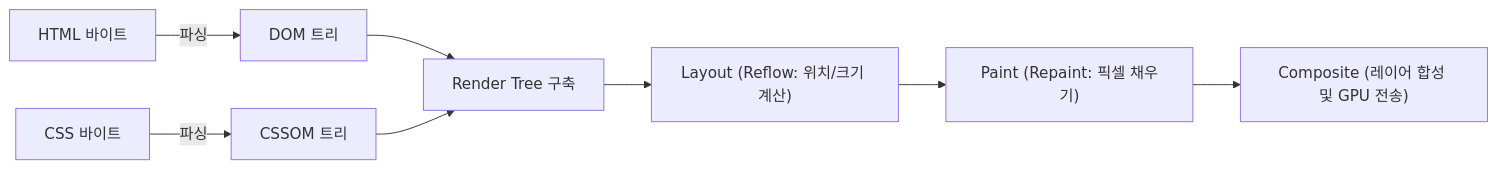
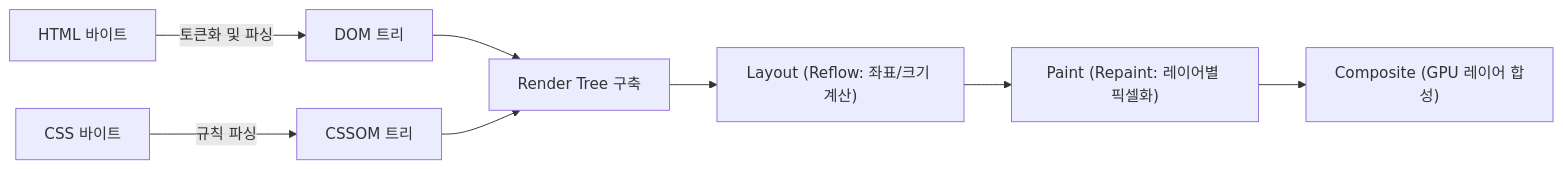
Before and after one commit to keimania/tech-notes: the eighth of 11 diagrams in 08_네트워크_기술.md, drawn with Mermaid. The commit also changed other lines of this file and 12 other files, not shown here.

````diff
--- a/08_네트워크_기술.md
+++ b/08_네트워크_기술.md
@@ -646,10 +878,10 @@
 ```mermaid
 flowchart LR
-    HTML[HTML 바이트] -->|파싱| DOM[DOM 트리]
-    CSS[CSS 바이트] -->|파싱| CSSOM[CSSOM 트리]
+    HTML[HTML 바이트] -->|토큰화 및 파싱| DOM[DOM 트리]
+    CSS[CSS 바이트] -->|규칙 파싱| CSSOM[CSSOM 트리]
     DOM --> RenderTree[Render Tree 구축]
     CSSOM --> RenderTree
-    RenderTree --> Layout["Layout (Reflow: 위치/크기 계산)"]
-    Layout --> Paint["Paint (Repaint: 픽셀 채우기)"]
-    Paint --> Composite["Composite (레이어 합성 및 GPU 전송)"]
+    RenderTree --> Layout["Layout (Reflow: 좌표/크기 계산)"]
+    Layout --> Paint["Paint (Repaint: 레이어별 픽셀화)"]
+    Paint --> Composite["Composite (GPU 레이어 합성)"]
 ```
````
